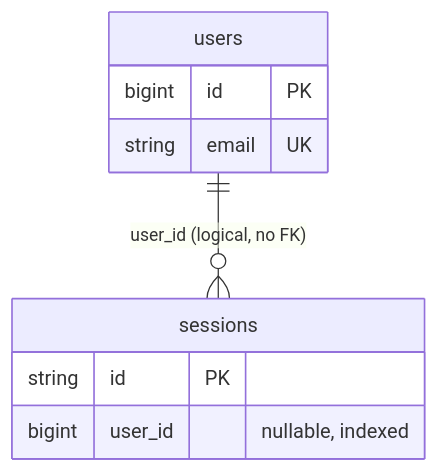
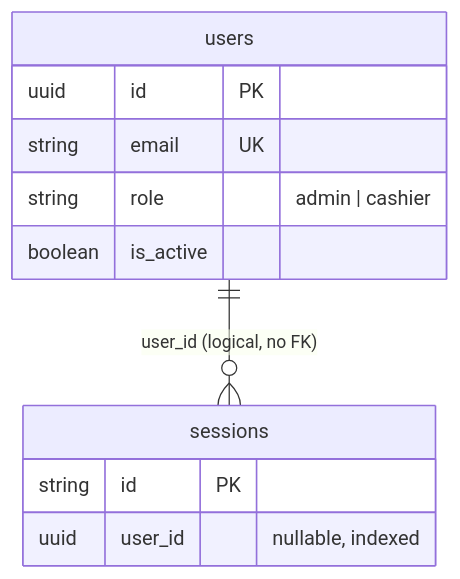
Before and after one commit to Wuninsu/litemall: the diagram in docs/DATABASE_RELATIONSHIPS.md, drawn with Mermaid. The commit also changed other lines of this file and 70 other files, not shown here.

````diff
--- a/docs/DATABASE_RELATIONSHIPS.md
+++ b/docs/DATABASE_RELATIONSHIPS.md
@@ -17,12 +17,14 @@
 ```mermaid
 erDiagram
     users ||--o{ sessions : "user_id (logical, no FK)"
     users {
-        bigint id PK
+        uuid id PK
         string email UK
+        string role "admin | cashier"
+        boolean is_active
     }
     sessions {
         string id PK
-        bigint user_id "nullable, indexed"
+        uuid user_id "nullable, indexed"
     }
 ```
````
